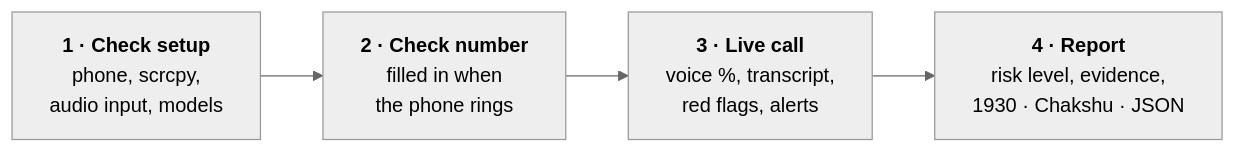
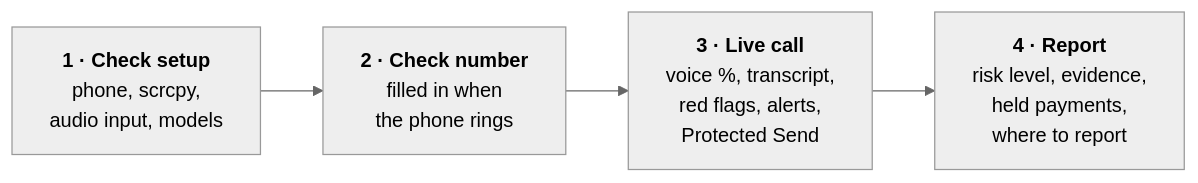
The first of 11 diagrams in README.md (YADUNANDAN-SINGH/Veracity), drawn with Mermaid (neutral theme) before and after one commit. The commit also changed other lines of this file and 15 other files, not shown here.

````diff
--- a/README.md
+++ b/README.md
@@ -68,6 +78,6 @@
 ```mermaid
 flowchart LR
     S1["<b>1 · Check setup</b><br/>phone, scrcpy,<br/>audio input, models"] --> S2["<b>2 · Check number</b><br/>filled in when<br/>the phone rings"]
-    S2 --> S3["<b>3 · Live call</b><br/>voice %, transcript,<br/>red flags, alerts"]
-    S3 --> S4["<b>4 · Report</b><br/>risk level, evidence,<br/>1930 · Chakshu · JSON"]
+    S2 --> S3["<b>3 · Live call</b><br/>voice %, transcript,<br/>red flags, alerts,<br/>Protected Send"]
+    S3 --> S4["<b>4 · Report</b><br/>risk level, evidence,<br/>held payments,<br/>where to report"]
 ```
````
